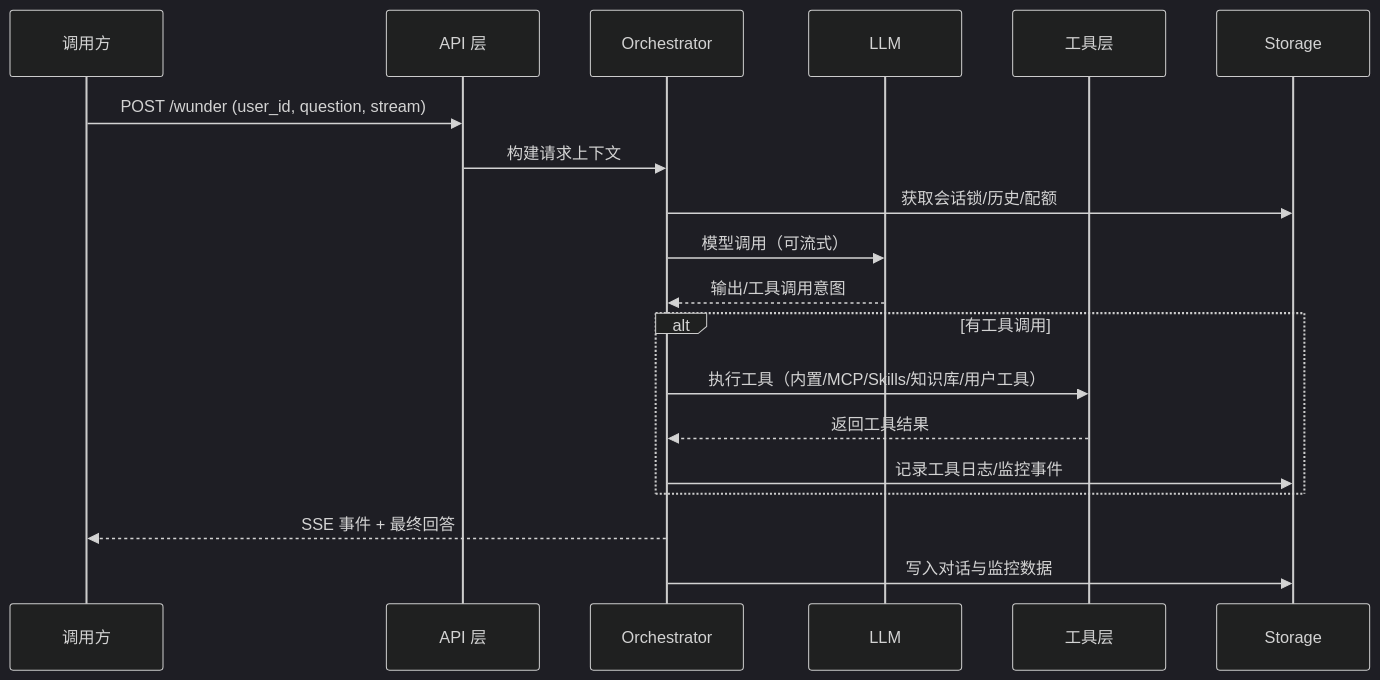
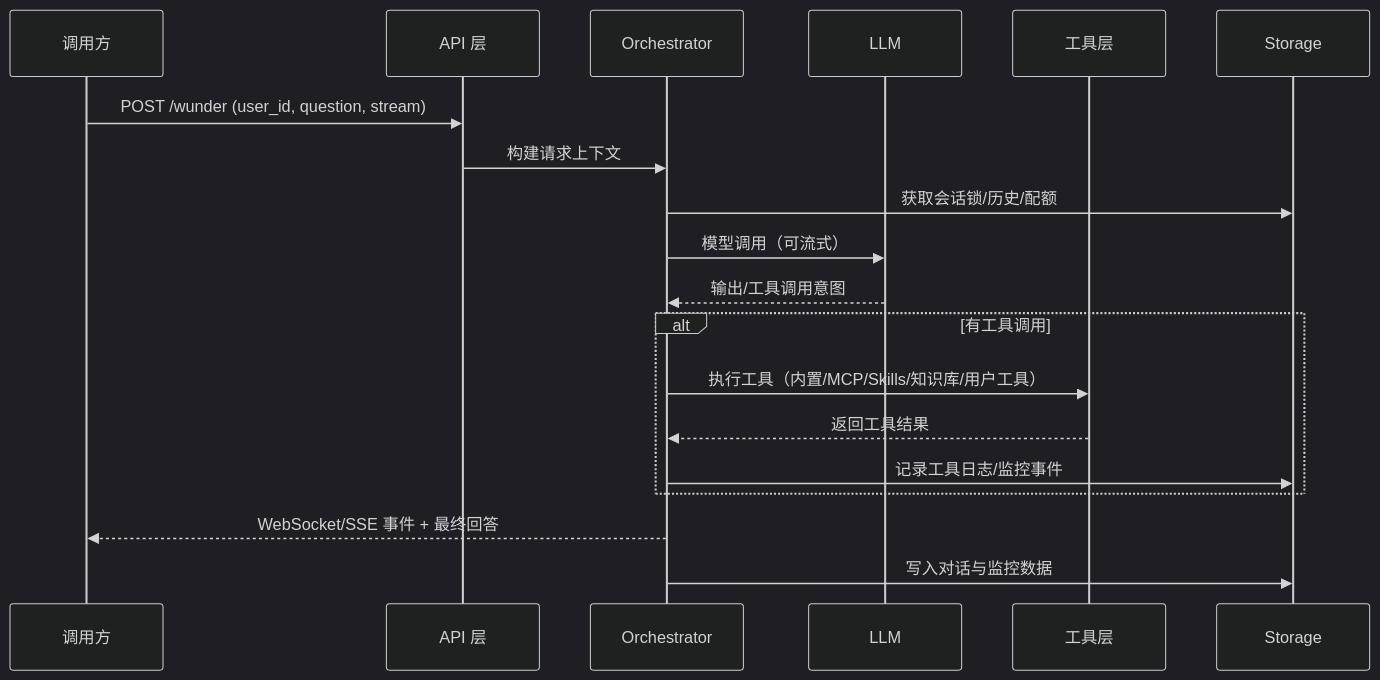
Before and after one commit to ylsdamxssjxxdd/wunder: the third of 4 diagrams in docs/架构设计.md, drawn with Mermaid (dark theme). The commit also changed other lines of this file and 5 other files, not shown here.

Commit message:
补充架构与系统介绍中的 WebSocket 默认传输说明

````diff
--- a/docs/架构设计.md
+++ b/docs/架构设计.md
@@ -126,22 +126,22 @@
 ```mermaid
 sequenceDiagram
   participant U as 调用方
   participant API as API 层
   participant O as Orchestrator
   participant L as LLM
   participant T as 工具层
   participant S as Storage
 
   U->>API: POST /wunder (user_id, question, stream)
   API->>O: 构建请求上下文
   O->>S: 获取会话锁/历史/配额
   O->>L: 模型调用（可流式）
   L-->>O: 输出/工具调用意图
   alt 有工具调用
     O->>T: 执行工具（内置/MCP/Skills/知识库/用户工具）
     T-->>O: 返回工具结果
     O->>S: 记录工具日志/监控事件
   end
-  O-->>U: SSE 事件 + 最终回答
+  O-->>U: WebSocket/SSE 事件 + 最终回答
   O->>S: 写入对话与监控数据
 ```
````
